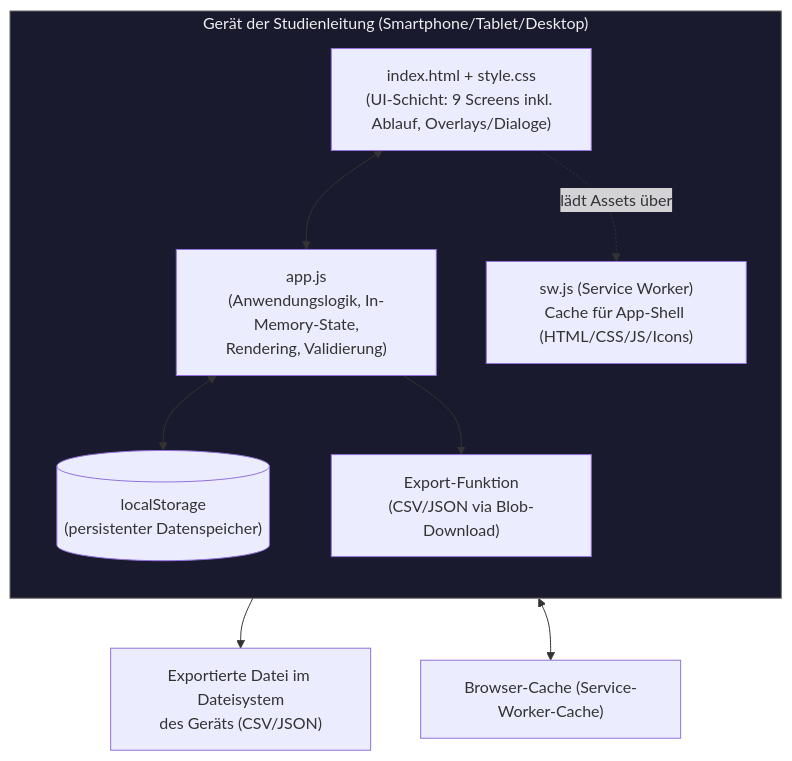
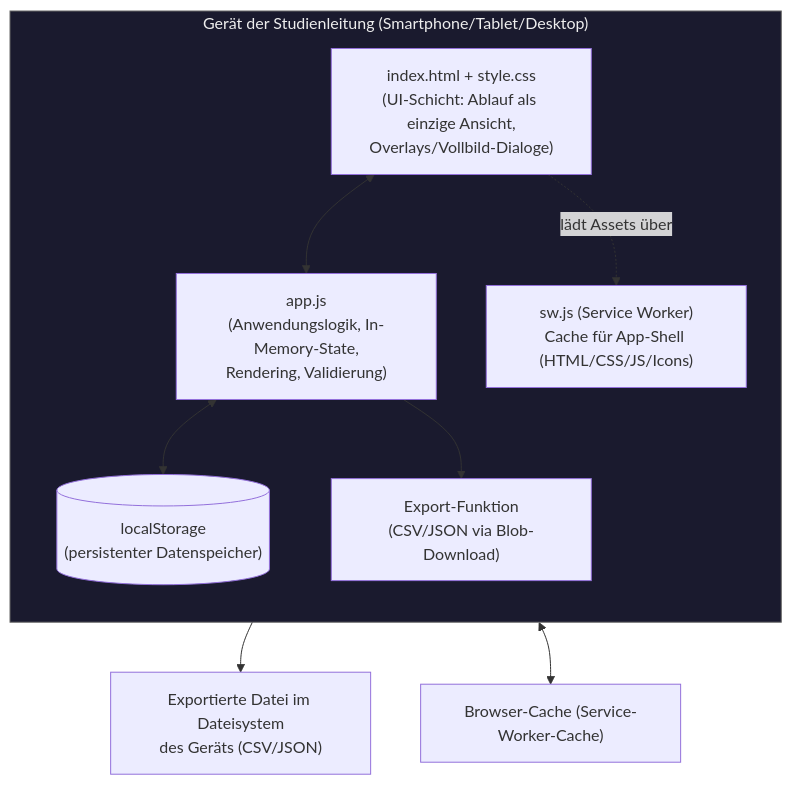
Before and after one commit to MStem911/StudyLog-mextPro: the diagram in docs/OVERVIEW.md, drawn with Mermaid. The commit also changed other lines of this file and 7 other files, not shown here.

````diff
--- a/docs/OVERVIEW.md
+++ b/docs/OVERVIEW.md
@@ -70,21 +82,21 @@
 ```mermaid
 flowchart TB
     subgraph Device["Gerät der Studienleitung (Smartphone/Tablet/Desktop)"]
         direction TB
-        UI["index.html + style.css<br/>(UI-Schicht: 9 Screens inkl. Ablauf, Overlays/Dialoge)"]
+        UI["index.html + style.css<br/>(UI-Schicht: Ablauf als einzige Ansicht,<br/>Overlays/Vollbild-Dialoge)"]
         Logic["app.js<br/>(Anwendungslogik, In-Memory-State,<br/>Rendering, Validierung)"]
         LS[("localStorage<br/>(persistenter Datenspeicher)")]
         SW["sw.js (Service Worker)<br/>Cache für App-Shell (HTML/CSS/JS/Icons)"]
         Export["Export-Funktion<br/>(CSV/JSON via Blob-Download)"]
     end
     Browser["Browser-Cache (Service-Worker-Cache)"]
     File["Exportierte Datei im Dateisystem<br/>des Geräts (CSV/JSON)"]
 
     UI <--> Logic
     Logic <--> LS
     Logic --> Export --> File
     SW <--> Browser
     UI -. lädt Assets über .-> SW
 
     style Device fill:#1a1a2e,stroke:#666,color:#eee
 ```
````
